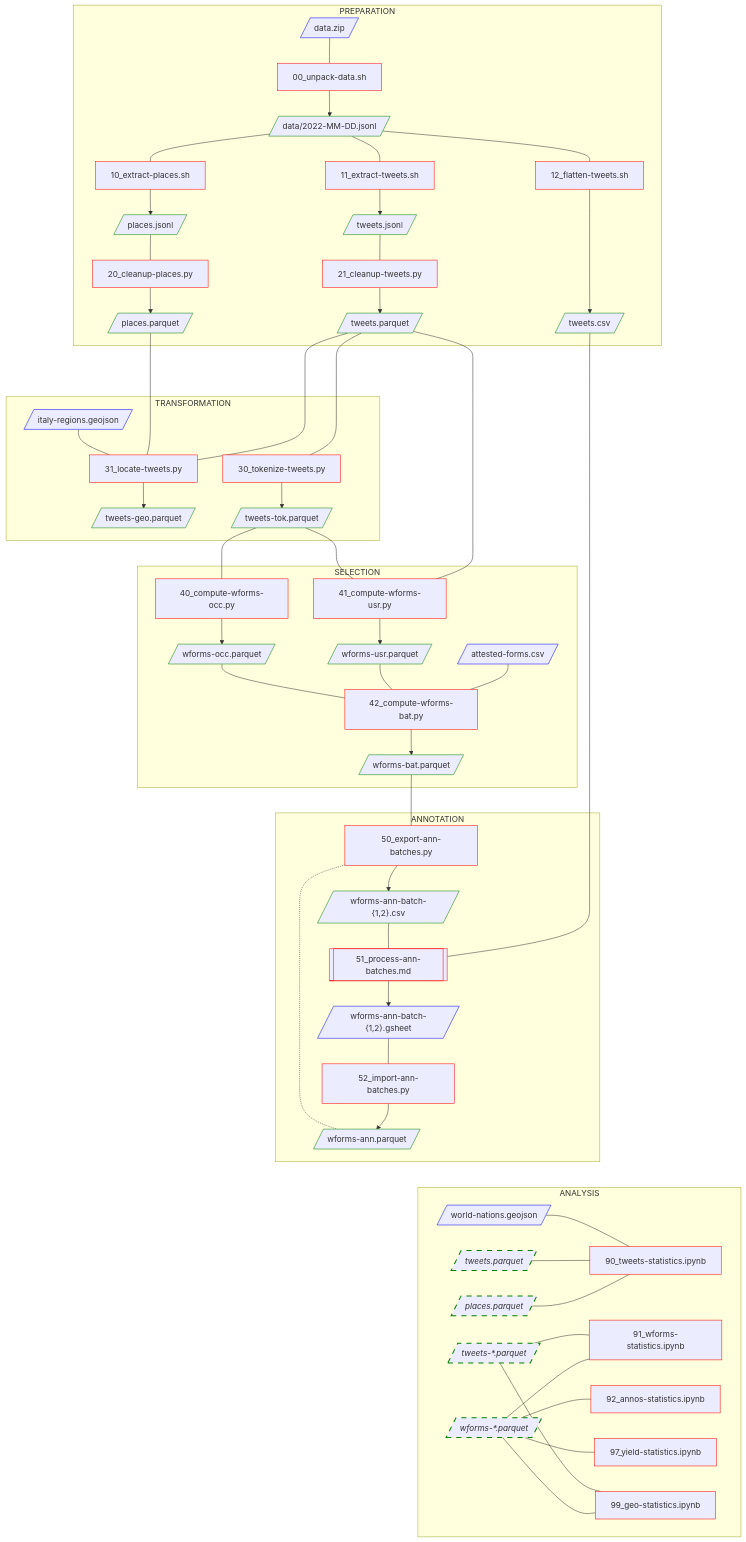
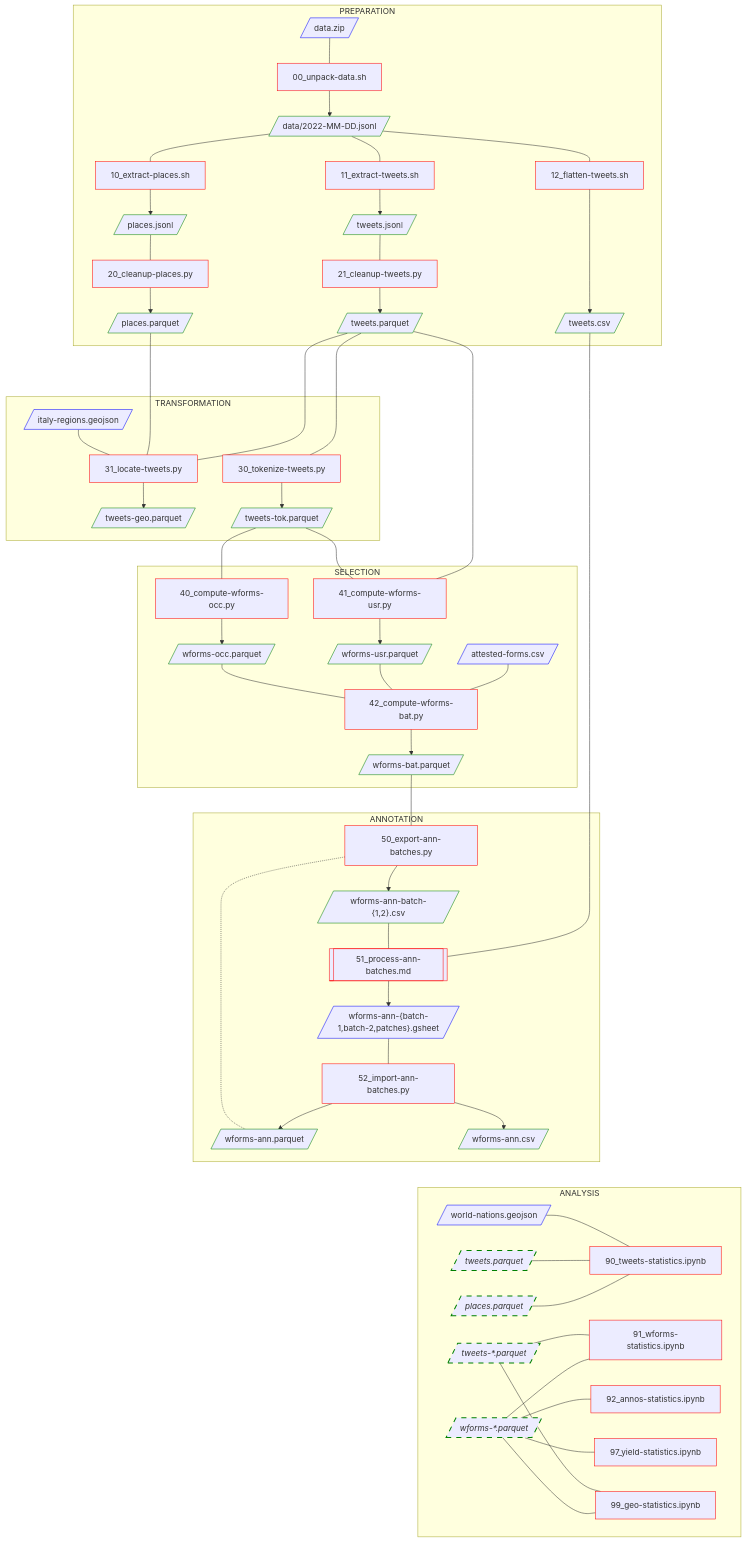
One commit to breviloquia-italica/pipeline changed the diagram in README.md. Above: the diagram before and after it, drawn with Mermaid. The commit also changed 4 other files, not shown here.

```diff
--- a/README.md
+++ b/README.md
@@ -80,8 +80,9 @@
 52[52_import-ann-batches.py]:::code;
 
 wforms-ann-batch-N.csv[/"wforms-ann-batch-{1,2}.csv"/]:::data
-wforms-ann-batch-N.gsheet[/"wforms-ann-batch-{1,2}.gsheet"/]:::extdata;
+wforms-ann-batch-N.gsheet[/"wforms-ann-{batch-1,batch-2,patches}.gsheet"/]:::extdata;
 wforms-ann.parquet[/wforms-ann.parquet/]:::data;
+wforms-ann.csv[/wforms-ann.csv/]:::data;
 
 wforms-bat.parquet --- 50;
 50 -.- wforms-ann.parquet;
@@ -91,7 +92,9 @@
 tweets.csv --- 51;
 51 --> wforms-ann-batch-N.gsheet;
 
-wforms-ann-batch-N.gsheet --- 52 --> wforms-ann.parquet;
+wforms-ann-batch-N.gsheet --- 52;
+52 --> wforms-ann.parquet;
+52 --> wforms-ann.csv;
 
 end
 
```
